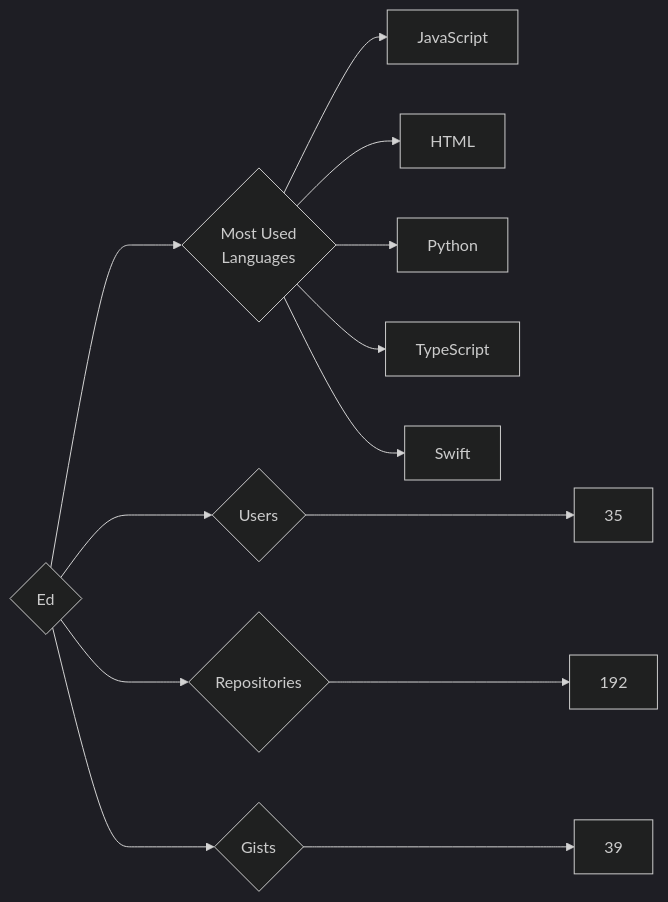
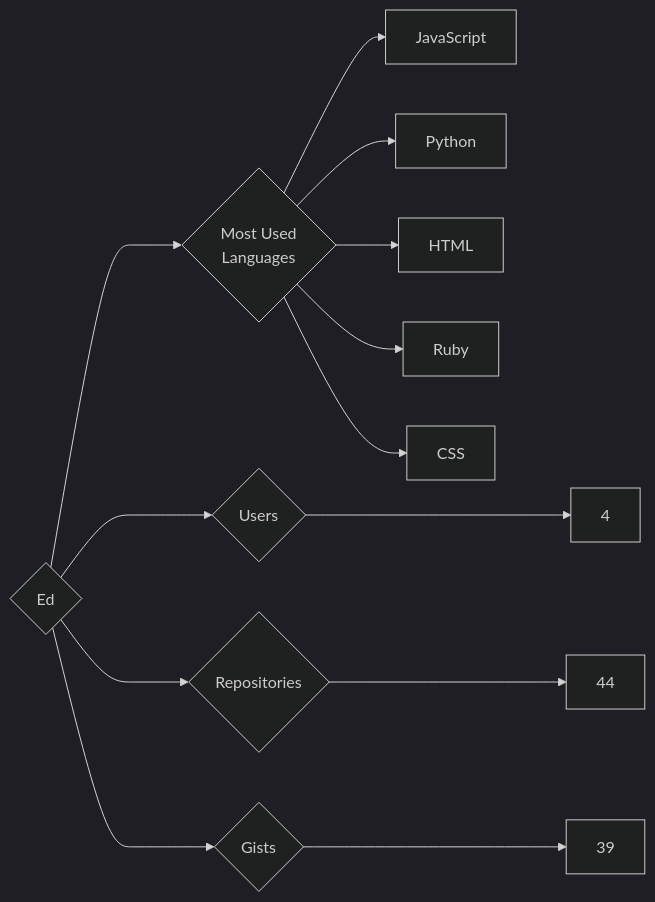
The diagram in targets/Ed/README.md (trickest/insiders), drawn with Mermaid (dark theme) before and after one commit. The commit also changed 882 other files, not shown here.

````diff
--- a/targets/Ed/README.md
+++ b/targets/Ed/README.md
@@ -3,13 +3,13 @@
 ```mermaid
 graph LR
 COMPANY_NAME{Ed}
-COMPANY_NAME ---> U{Users} ---> UN[35]
-COMPANY_NAME ---> R{Repositories} ---> RN[192]
+COMPANY_NAME ---> U{Users} ---> UN[4]
+COMPANY_NAME ---> R{Repositories} ---> RN[44]
 COMPANY_NAME ---> G{Gists} ---> GN[39]
 COMPANY_NAME ---> ML{Most Used<br>Languages}
 ML --> JavaScript[JavaScript]
+ML --> Python[Python]
 ML --> HTML[HTML]
-ML --> Python[Python]
-ML --> TypeScript[TypeScript]
-ML --> Swift[Swift]
+ML --> Ruby[Ruby]
+ML --> CSS[CSS]
 ```
````
